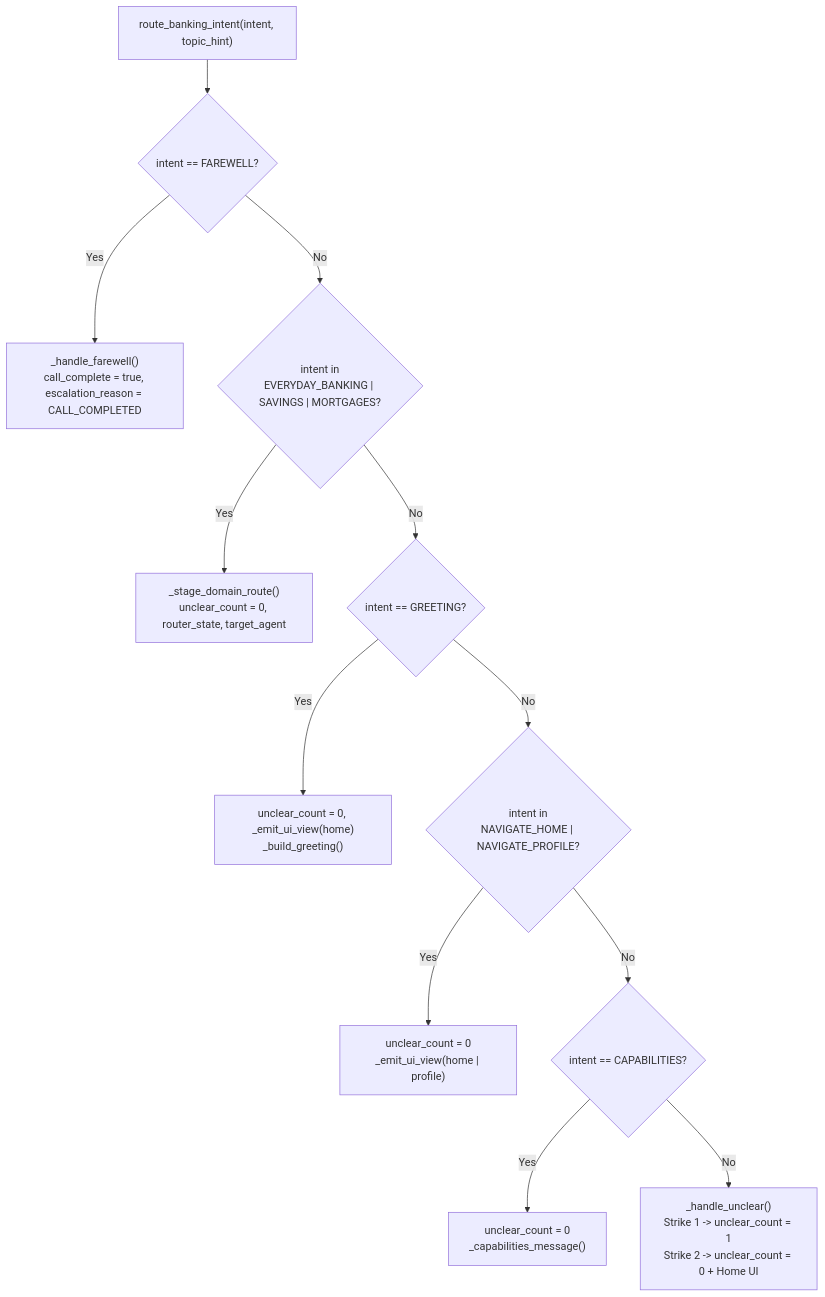
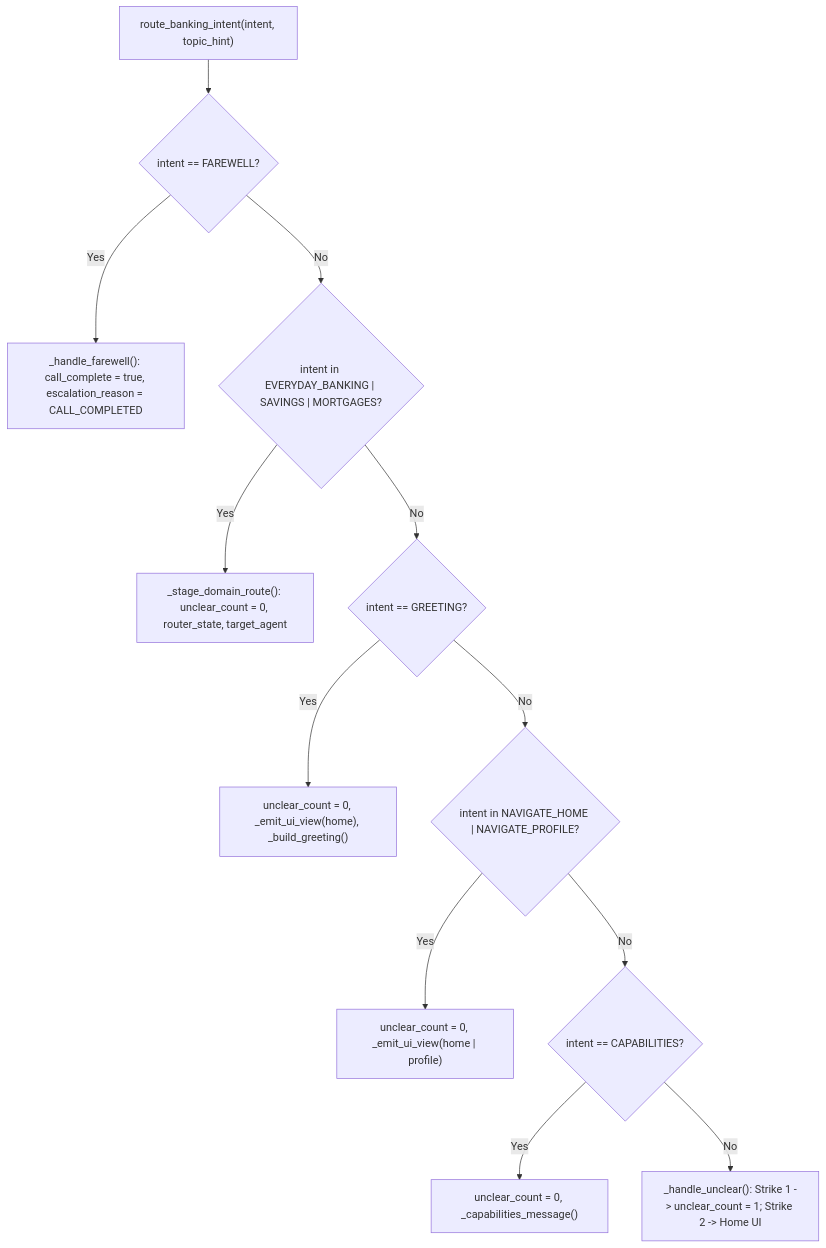
The diagram in docs/tools/route_banking_intent.md (oliviervg1/gecx-bank-demo), drawn with Mermaid before and after one commit. The commit also changed other lines of this file and 19 other files, not shown here.

````diff
--- a/docs/tools/route_banking_intent.md
+++ b/docs/tools/route_banking_intent.md
@@ -18,14 +19,14 @@
 ```mermaid
 flowchart TD
     Entry["route_banking_intent(intent, topic_hint)"] --> Farewell{"intent == FAREWELL?"}
-    Farewell -->|"Yes"| HFarewell["_handle_farewell()<br/>call_complete = true, escalation_reason = CALL_COMPLETED"]
-    Farewell -->|"No"| Domain{"intent in<br/>EVERYDAY_BANKING | SAVINGS | MORTGAGES?"}
-    Domain -->|"Yes"| HStage["_stage_domain_route()<br/>unclear_count = 0, router_state, target_agent"]
+    Farewell -->|"Yes"| HFarewell["_handle_farewell(): call_complete = true, escalation_reason = CALL_COMPLETED"]
+    Farewell -->|"No"| Domain{"intent in EVERYDAY_BANKING | SAVINGS | MORTGAGES?"}
+    Domain -->|"Yes"| HStage["_stage_domain_route(): unclear_count = 0, router_state, target_agent"]
     Domain -->|"No"| Greet{"intent == GREETING?"}
-    Greet -->|"Yes"| HGreet["unclear_count = 0, _emit_ui_view(home)<br/>_build_greeting()"]
-    Greet -->|"No"| Nav{"intent in<br/>NAVIGATE_HOME | NAVIGATE_PROFILE?"}
-    Nav -->|"Yes"| HNav["unclear_count = 0<br/>_emit_ui_view(home | profile)"]
+    Greet -->|"Yes"| HGreet["unclear_count = 0, _emit_ui_view(home), _build_greeting()"]
+    Greet -->|"No"| Nav{"intent in NAVIGATE_HOME | NAVIGATE_PROFILE?"}
+    Nav -->|"Yes"| HNav["unclear_count = 0, _emit_ui_view(home | profile)"]
     Nav -->|"No"| Cap{"intent == CAPABILITIES?"}
-    Cap -->|"Yes"| HCap["unclear_count = 0<br/>_capabilities_message()"]
-    Cap -->|"No"| HUnclear["_handle_unclear()<br/>Strike 1 -> unclear_count = 1<br/>Strike 2 -> unclear_count = 0 + Home UI"]
+    Cap -->|"Yes"| HCap["unclear_count = 0, _capabilities_message()"]
+    Cap -->|"No"| HUnclear["_handle_unclear(): Strike 1 -> unclear_count = 1; Strike 2 -> Home UI"]
 ```
````
